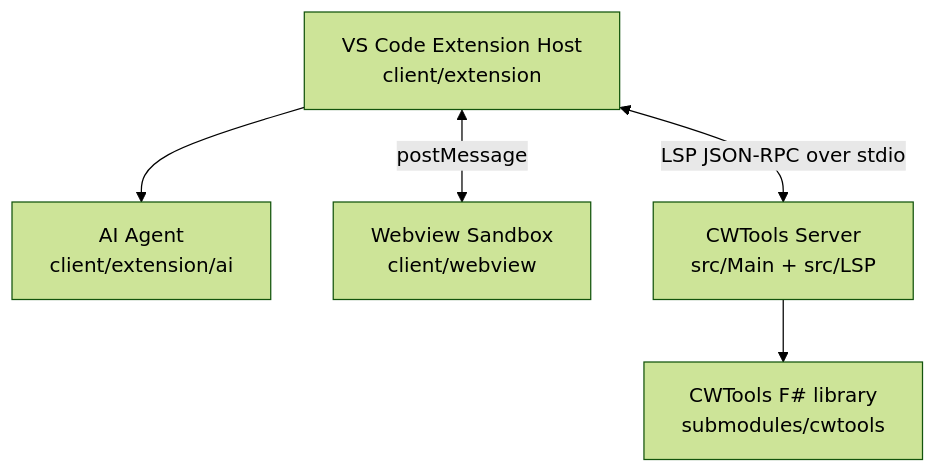
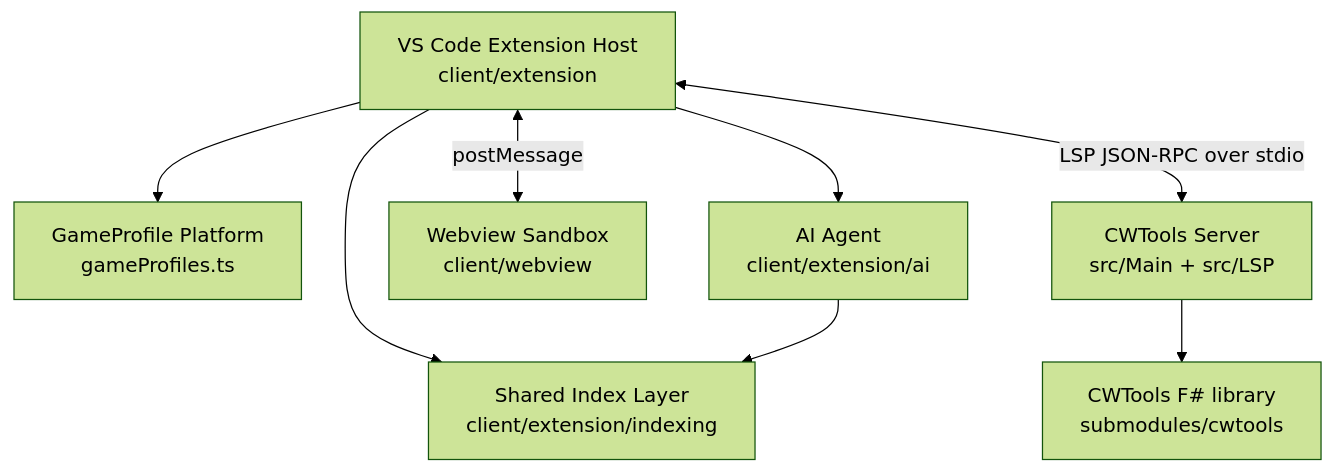
One commit to Aa728848/cwtools-vscode changed the first of 2 diagrams in ARCHITECTURE.md. Above: the diagram before and after it, drawn with Mermaid (forest theme). The commit also changed other lines of this file and 2 other files, not shown here.

Commit message:
docs: update architecture documentation to reflect refined indexing, platform layers, and AI workflow structures

````diff
--- a/ARCHITECTURE.md
+++ b/ARCHITECTURE.md
@@ -17,13 +20,18 @@
 ```mermaid
 flowchart TD
     VS["VS Code Extension Host\nclient/extension"]
+    GP["GameProfile Platform\ngameProfiles.ts"]
+    IDX["Shared Index Layer\nclient/extension/indexing"]
     AI["AI Agent\nclient/extension/ai"]
     WV["Webview Sandbox\nclient/webview"]
     LSP["CWTools Server\nsrc/Main + src/LSP"]
     CW["CWTools F# library\nsubmodules/cwtools"]
 
+    VS --> GP
+    VS --> IDX
     VS --> AI
     VS <-->|postMessage| WV
     VS <-->|LSP JSON-RPC over stdio| LSP
+    AI --> IDX
     LSP --> CW
 ```
````
